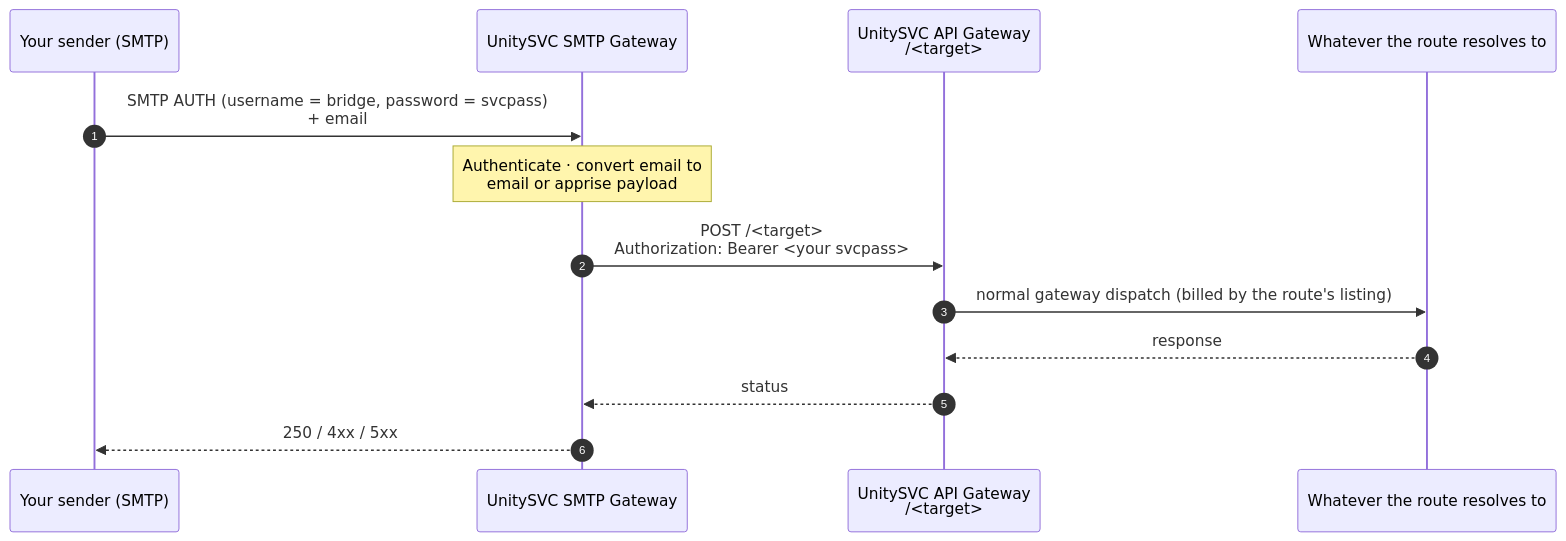
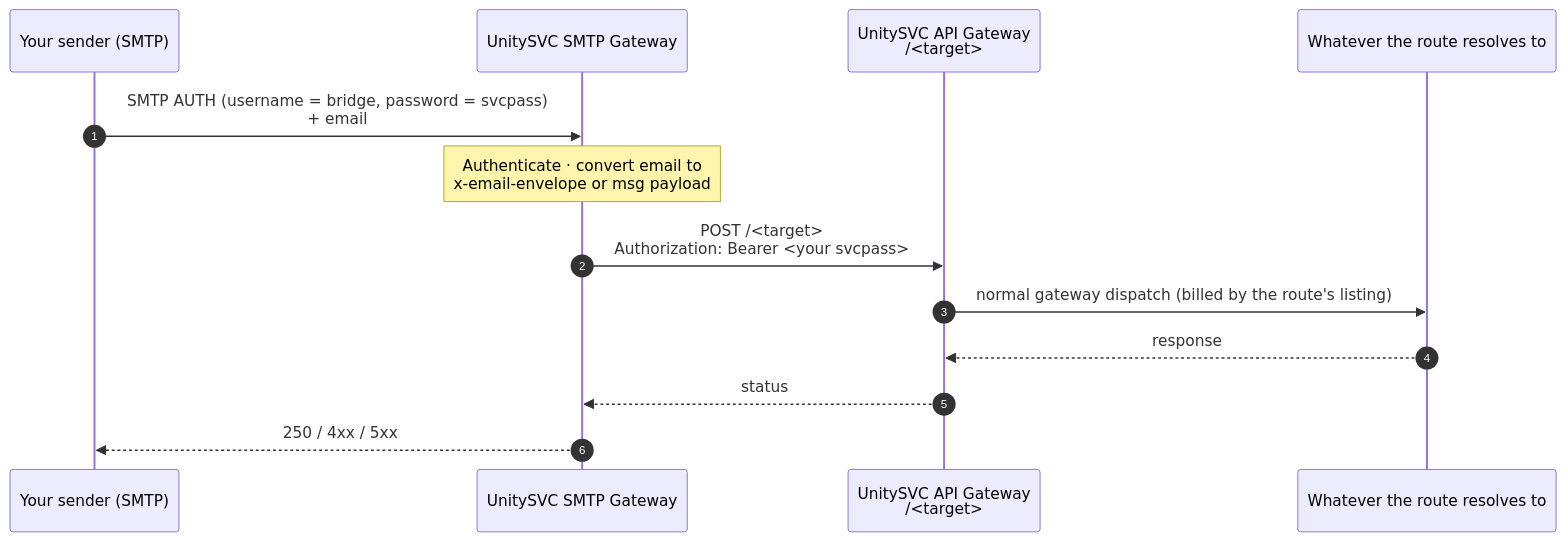
The diagram in services/specs/smtp-to-api-gateway/usage.md (unitysvc-labs/unitysvc-services-smtp), drawn with Mermaid before and after one commit. The commit also changed other lines of this file and 6 other files, not shown here.

First line of the commit message:
Use msg / x-email-envelope as payload_format names (#41)

````diff
--- a/services/specs/smtp-to-api-gateway/usage.md
+++ b/services/specs/smtp-to-api-gateway/usage.md
@@ -9,16 +9,16 @@
 ```mermaid
 sequenceDiagram
     autonumber
     participant S as Your sender (SMTP)
     participant G as UnitySVC SMTP Gateway
     participant A as UnitySVC API Gateway<br/>/<target>
     participant R as Whatever the route resolves to
 
     S->>G: SMTP AUTH (username = bridge, password = svcpass)<br/>+ email
-    Note over G: Authenticate · convert email to<br/>email or apprise payload
+    Note over G: Authenticate · convert email to<br/>x-email-envelope or msg payload
     G->>A: POST /<target><br/>Authorization: Bearer <your svcpass>
     A->>R: normal gateway dispatch (billed by the route's listing)
     R-->>A: response
     A-->>G: status
     G-->>S: 250 / 4xx / 5xx
 ```
````
